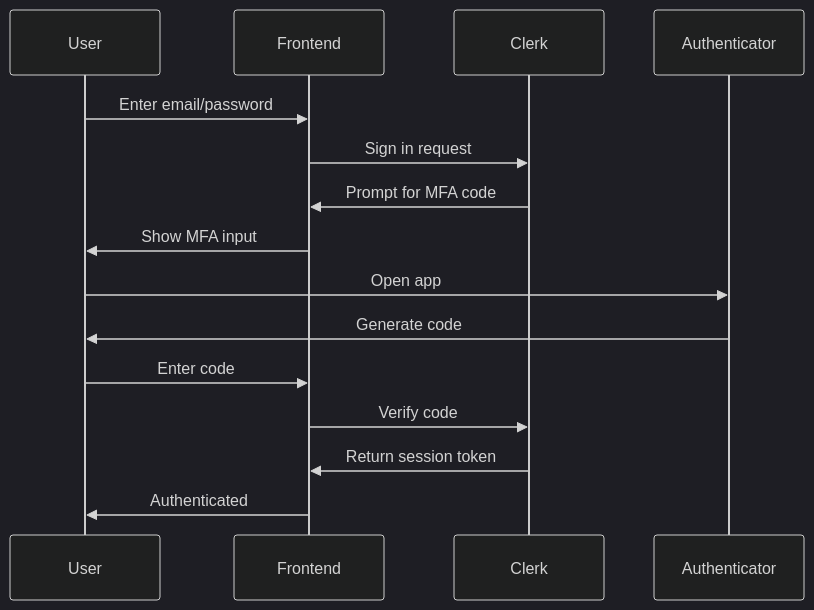
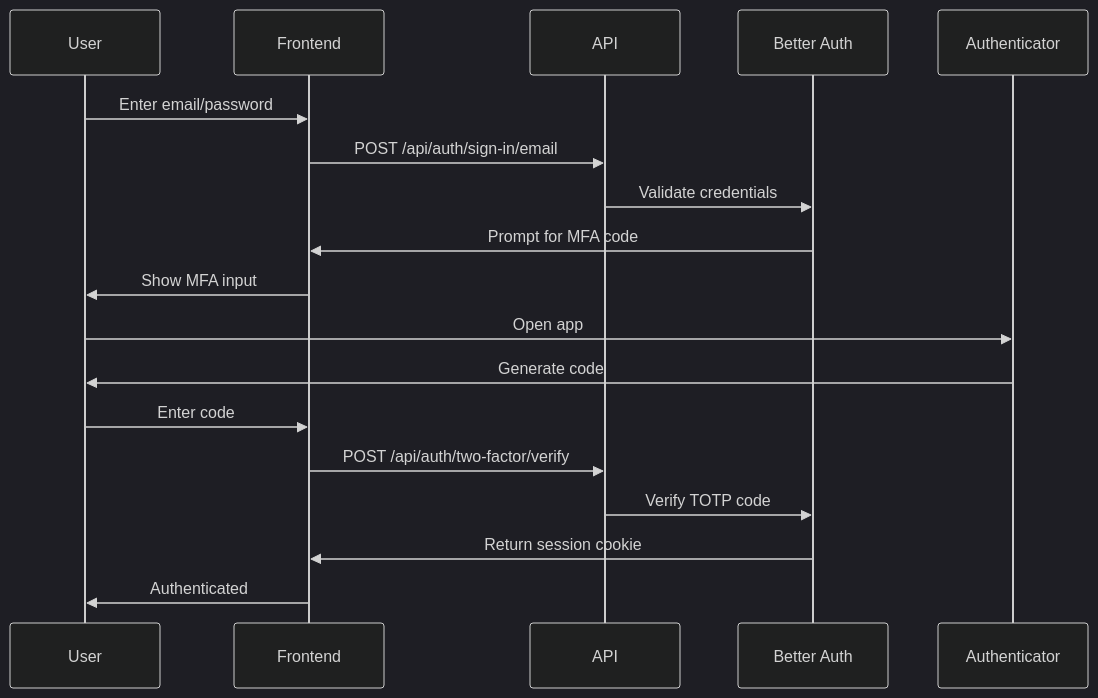
One commit to qazuor/hospeda changed the fifth of 5 diagrams in docs/security/authentication.md. Above: the diagram before and after it, drawn with Mermaid (dark theme). The commit also changed other lines of this file and 57 other files, not shown here.

````diff
--- a/docs/security/authentication.md
+++ b/docs/security/authentication.md
@@ -1466,18 +1371,21 @@
 ```mermaid
 sequenceDiagram
     participant User
     participant Frontend
-    participant Clerk
+    participant API
+    participant BetterAuth as Better Auth
     participant Authenticator
 
     User->>Frontend: Enter email/password
-    Frontend->>Clerk: Sign in request
-    Clerk->>Frontend: Prompt for MFA code
+    Frontend->>API: POST /api/auth/sign-in/email
+    API->>BetterAuth: Validate credentials
+    BetterAuth->>Frontend: Prompt for MFA code
     Frontend->>User: Show MFA input
     User->>Authenticator: Open app
     Authenticator->>User: Generate code
     User->>Frontend: Enter code
-    Frontend->>Clerk: Verify code
-    Clerk->>Frontend: Return session token
+    Frontend->>API: POST /api/auth/two-factor/verify
+    API->>BetterAuth: Verify TOTP code
+    BetterAuth->>Frontend: Return session cookie
     Frontend->>User: Authenticated
 ```
````
